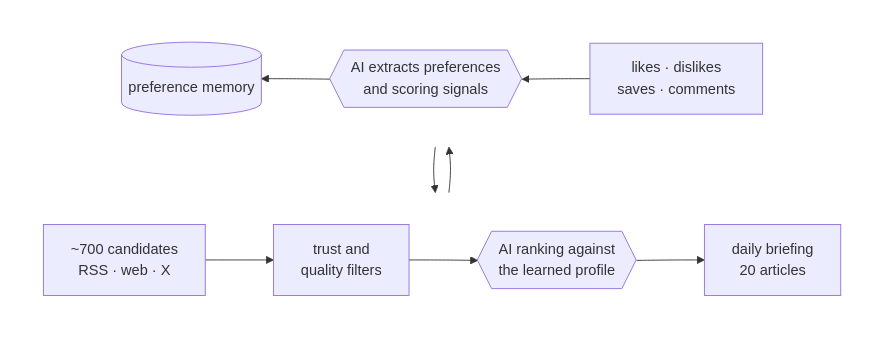
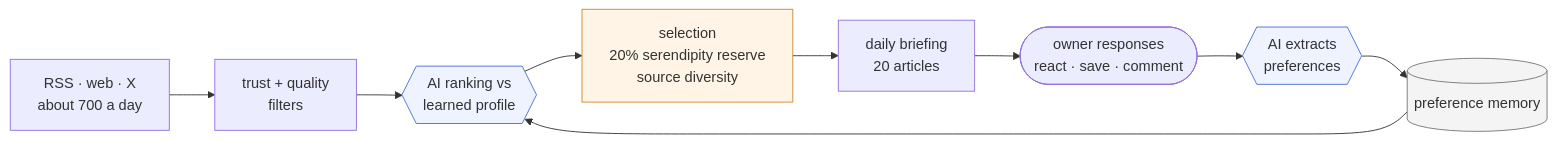
One commit to robertvanstedum/personal-ai-agents changed the fifth of 13 diagrams in ARCHITECTURE.md. Above: the diagram before and after it, drawn with Mermaid. The commit also changed other lines of this file and 9 other files, not shown here.

First line of the commit message:
Key docs for mini-moi 1.2 beta: README, ARCHITECTURE and a terms appendix

````diff
--- a/ARCHITECTURE.md
+++ b/ARCHITECTURE.md
@@ -251,21 +674,13 @@
 ```mermaid
-flowchart TB
-    subgraph TOP[" "]
-        direction LR
-        A["~700 candidates<br/>RSS · web · X"] --> B[trust and<br/>quality filters]
-        B --> C{{AI ranking against<br/>the learned profile}}
-        C --> D["daily briefing<br/>20 articles"]
-    end
-
-    subgraph BOTTOM[" "]
-        direction RL
-        E[likes · dislikes<br/>saves · comments] --> F{{AI extracts preferences<br/>and scoring signals}}
-        F --> G[(preference memory)]
-    end
-
-    D --> E
-    G --> C
-
-    style TOP fill:transparent,stroke:transparent
-    style BOTTOM fill:transparent,stroke:transparent
+flowchart LR
+    A[RSS · web · X<br/>about 700 a day] --> B[trust + quality<br/>filters] --> C{{AI ranking vs<br/>learned profile}}
+    C --> S[selection<br/>20% serendipity reserve<br/>source diversity] --> D[daily briefing<br/>20 articles]
+    D --> E([owner responses<br/>react · save · comment])
+    E --> F{{AI extracts<br/>preferences}} --> G[(preference memory)] --> C
+    class C,F ai
+    class G store
+    class S wide
+    classDef ai fill:#eef3ff,stroke:#4a6fd1
+    classDef store fill:#f4f4f4,stroke:#777
+    classDef wide fill:#fff4e5,stroke:#c98a2b
 ```
````
